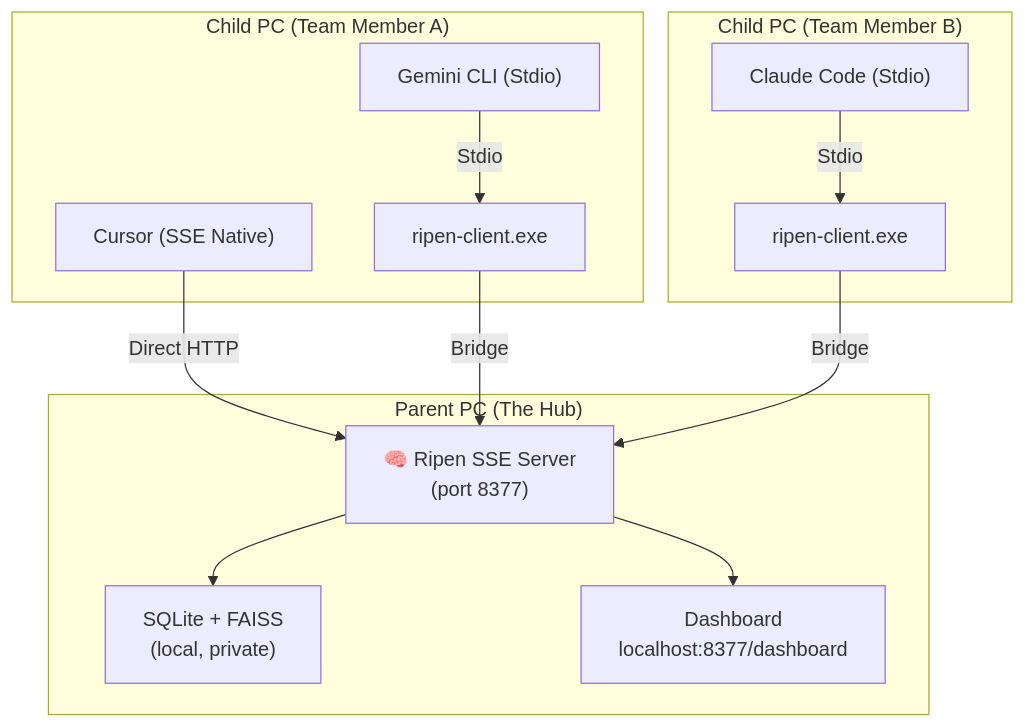
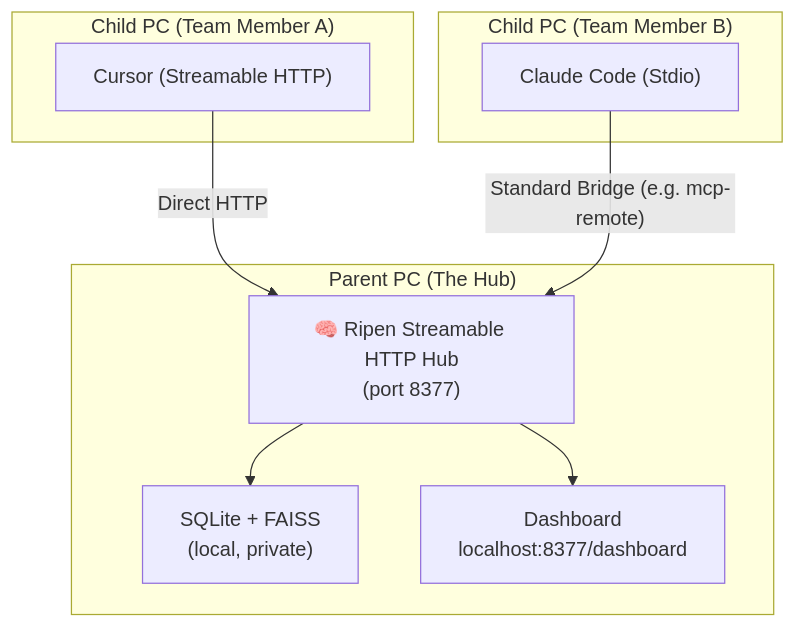
The diagram in README.md (ayato-labs/ripen), drawn with Mermaid before and after one commit. The commit also changed other lines of this file and 15 other files, not shown here.

Commit message:
feat: implement Ripen core architecture including LLM providers, CLI configuration utility, and baseline MCP server infrastructure

````diff
--- a/README.md
+++ b/README.md
@@ -89,19 +88,16 @@
 ```mermaid
 graph TD
     subgraph "Parent PC (The Hub)"
-        H["🧠 Ripen SSE Server\n(port 8377)"]
+        H["🧠 Ripen Streamable HTTP Hub\n(port 8377)"]
         H --> DB["SQLite + FAISS\n(local, private)"]
         H --> DASH["Dashboard\nlocalhost:8377/dashboard"]
     end
 
     subgraph "Child PC (Team Member A)"
-        A1["Cursor (SSE Native)"] -- "Direct HTTP" --> H
-        A2["Gemini CLI (Stdio)"] -- "Stdio" --> P1["ripen-client.exe"]
-        P1 -- "Bridge" --> H
+        A1["Cursor (Streamable HTTP)"] -- "Direct HTTP" --> H
     end
 
     subgraph "Child PC (Team Member B)"
-        B1["Claude Code (Stdio)"] -- "Stdio" --> P2["ripen-client.exe"]
-        P2 -- "Bridge" --> H
+        B1["Claude Code (Stdio)"] -- "Standard Bridge (e.g. mcp-remote)" --> H
     end
 ```
````
